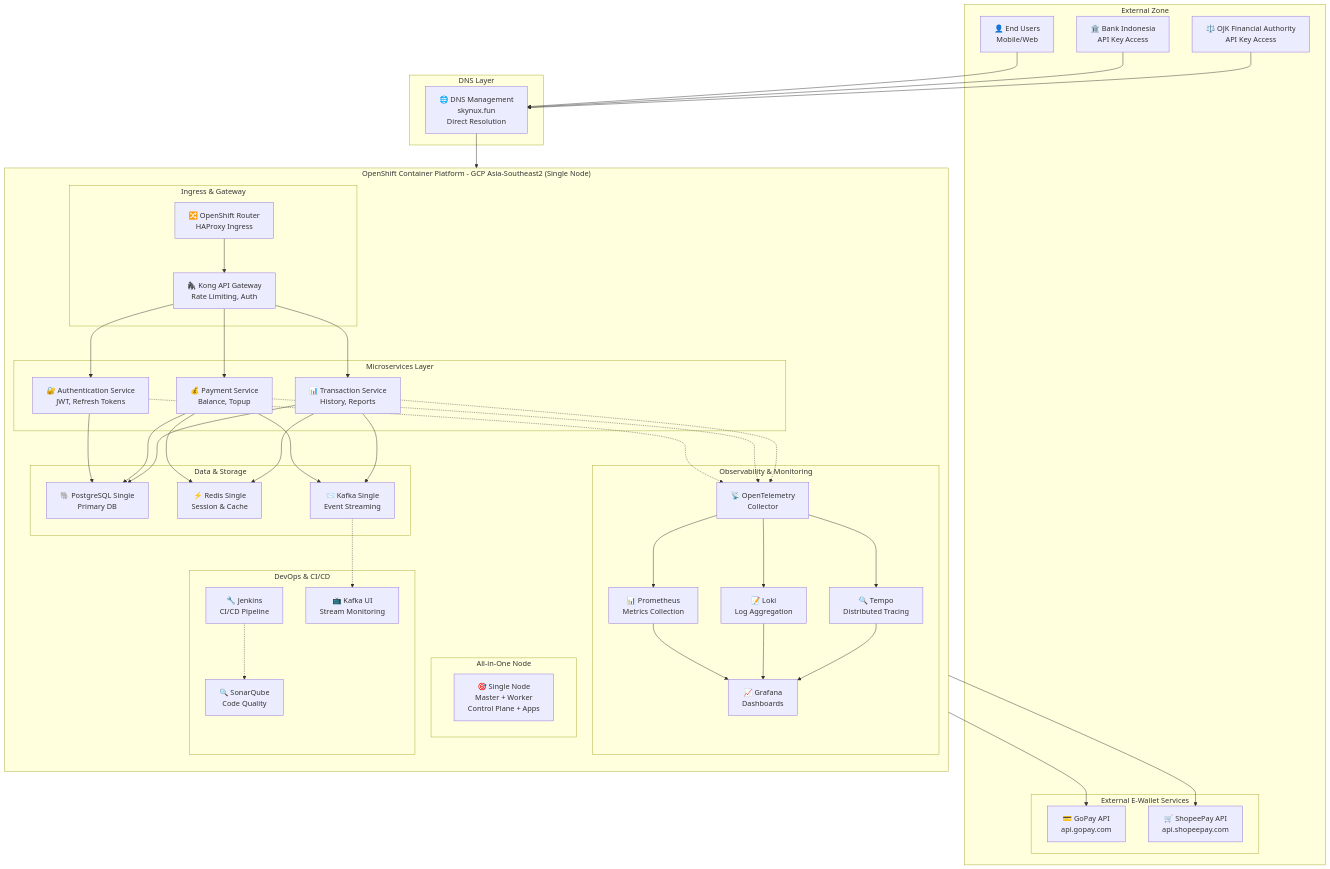
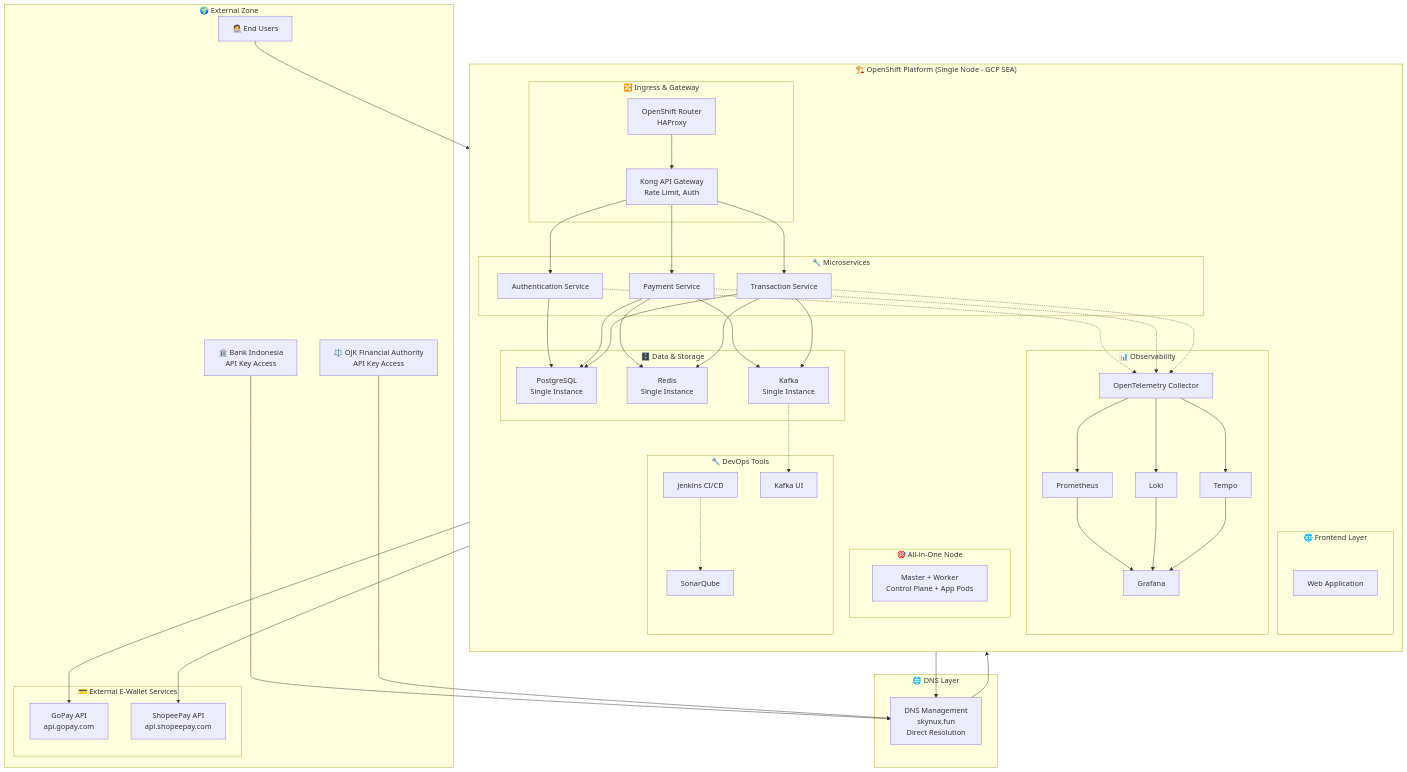
Before and after one commit to cisnux-seed/api-docs-fp-one-gate-payment: the second of 10 diagrams in README.md, drawn with Mermaid. The commit also changed other lines of this file, not shown here.

````diff
--- a/README.md
+++ b/README.md
@@ -116,102 +126,111 @@
 ```mermaid
-graph TB
-    %% External Users and Systems
-    subgraph "External Zone"
-        User[👤 End Users<br/>Mobile/Web]
-        BankIndonesia[🏛️ Bank Indonesia<br/>API Key Access]
-        OJK[⚖️ OJK Financial Authority<br/>API Key Access]
-        
-        subgraph "External E-Wallet Services"
-            GopayExternal[💳 GoPay API<br/>api.gopay.com]
-            ShopeeExternal[🛒 ShopeePay API<br/>api.shopeepay.com]
-        end
+flowchart TD
+
+%% ================================
+%% 🌍 External Zone
+%% ================================
+subgraph ExternalZone["🌍 External Zone"]
+    EndUsers[🧑‍💻 End Users]
+    BankIndonesia[🏛️ Bank Indonesia<br/>API Key Access]
+    OJK[⚖️ OJK Financial Authority<br/>API Key Access]
+
+    subgraph EWallet["💳 External E-Wallet Services"]
+        GopayExternal[GoPay API<br/>api.gopay.com]
+        ShopeeExternal[ShopeePay API<br/>api.shopeepay.com]
+    end
+end
+
+%% ================================
+%% 🌐 DNS Layer (Direct)
+%% ================================
+subgraph DNSLayer["🌐 DNS Layer"]
+    DNS[DNS Management<br/>skynux.fun<br/>Direct Resolution]
+end
+
+%% ================================
+%% 🏗️ OpenShift - Single Node
+%% ================================
+subgraph OpenShift["🏗️ OpenShift Platform (Single Node - GCP SEA)"]
+    direction TB
+
+    subgraph AllInOne["🎯 All-in-One Node"]
+        SingleNode[Master + Worker<br/>Control Plane + App Pods]
     end
 
-    %% Direct DNS (No CloudFlare)
-    subgraph "DNS Layer"
-        DNS[🌐 DNS Management<br/>skynux.fun<br/>Direct Resolution]
+    subgraph Ingress["🔀 Ingress & Gateway"]
+        Router[OpenShift Router<br/>HAProxy]
+        Kong[Kong API Gateway<br/>Rate Limit, Auth]
     end
 
-    %% OpenShift Container Platform - Single Node
-    subgraph "OpenShift Container Platform - GCP Asia-Southeast2 (Single Node)"
-        direction TB
-        
-        subgraph "All-in-One Node"
-            SingleNode[🎯 Single Node<br/>Master + Worker<br/>Control Plane + Apps]
-        end
-        
-        %% Ingress Layer
-        subgraph "Ingress & Gateway"
-            Router[🔀 OpenShift Router<br/>HAProxy Ingress]
-            Kong[🦍 Kong API Gateway<br/>Rate Limiting, Auth]
-        end
-
-        %% Application Services
-        subgraph "Microservices Layer"
-            AuthService[🔐 Authentication Service<br/>JWT, Refresh Tokens]
-            PaymentService[💰 Payment Service<br/>Balance, Topup]
-            TransactionService[📊 Transaction Service<br/>History, Reports]
-        end
-
-        %% Data Layer
-        subgraph "Data & Storage"
-            PostgresSingle[🐘 PostgreSQL Single<br/>Primary DB]
-            RedisSingle[⚡ Redis Single<br/>Session & Cache]
-            KafkaSingle[📨 Kafka Single<br/>Event Streaming]
-        end
-
-        %% Observability Stack
-        subgraph "Observability & Monitoring"
-            Prometheus[📊 Prometheus<br/>Metrics Collection]
-            Grafana[📈 Grafana<br/>Dashboards]
-            Loki[📝 Loki<br/>Log Aggregation]
-            Tempo[🔍 Tempo<br/>Distributed Tracing]
-            OtelCol[📡 OpenTelemetry<br/>Collector]
-        end
-
-        %% DevOps Tools
-        subgraph "DevOps & CI/CD"
-            Jenkins[🔧 Jenkins<br/>CI/CD Pipeline]
-            SonarQube[🔍 SonarQube<br/>Code Quality]
-            KafkaUI[📺 Kafka UI<br/>Stream Monitoring]
-        end
+    subgraph Frontend["🌐 Frontend Layer"]
+        WebApp[Web Application]
     end
 
-    %% Connections (Direct, No CloudFlare)
-    User --> DNS
-    BankIndonesia --> DNS
-    OJK --> DNS
-    DNS --> Router
-    Router --> Kong
-    
-    Kong --> AuthService
-    Kong --> PaymentService
-    Kong --> TransactionService
+    subgraph Microservices["🔧 Microservices"]
+        AuthService[Authentication Service]
+        PaymentService[Payment Service]
+        TransactionService[Transaction Service]
+    end
 
-    AuthService --> PostgresSingle
-    PaymentService --> PostgresSingle
-    PaymentService --> RedisSingle
-    PaymentService --> KafkaSingle
-    TransactionService --> PostgresSingle
-    TransactionService --> RedisSingle
-    TransactionService --> KafkaSingle
+    subgraph Data["🗄️ Data & Storage"]
+        Postgres[PostgreSQL<br/>Single Instance]
+        Redis[Redis<br/>Single Instance]
+        Kafka[Kafka<br/>Single Instance]
+    end
 
-    %% External service calls (outbound from cluster)
-    PaymentService --> GopayExternal
-    PaymentService --> ShopeeExternal
+    subgraph Observability["📊 Observability"]
+        Otel[OpenTelemetry Collector]
+        Prometheus[Prometheus]
+        Grafana[Grafana]
+        Loki[Loki]
+        Tempo[Tempo]
+    end
 
-    %% Observability connections
-    AuthService -.-> OtelCol
-    PaymentService -.-> OtelCol
-    TransactionService -.-> OtelCol
-    OtelCol --> Prometheus
-    OtelCol --> Loki
-    OtelCol --> Tempo
-    Prometheus --> Grafana
-    Loki --> Grafana
-    Tempo --> Grafana
+    subgraph DevOps["🔧 DevOps Tools"]
+        Jenkins[Jenkins CI/CD]
+        SonarQube[SonarQube]
+        KafkaUI[Kafka UI]
+    end
+end
 
-    %% DevOps connections
-    Jenkins -.-> SonarQube
-    KafkaSingle -.-> KafkaUI
+%% ================================
+%% 🔗 Connections
+%% ================================
+
+%% External access to frontend
+EndUsers --> WebApp
+WebApp --> DNS
+BankIndonesia --> DNS
+OJK --> DNS
+DNS --> Router --> Kong
+
+%% Kong routes to microservices
+Kong --> AuthService
+Kong --> PaymentService
+Kong --> TransactionService
+
+%% Microservices to data
+AuthService --> Postgres
+PaymentService --> Postgres
+PaymentService --> Redis
+PaymentService --> Kafka
+TransactionService --> Postgres
+TransactionService --> Redis
+TransactionService --> Kafka
+
+%% External API calls
+PaymentService --> GopayExternal
+PaymentService --> ShopeeExternal
+
+%% Observability
+AuthService -.-> Otel
+PaymentService -.-> Otel
+TransactionService -.-> Otel
+Otel --> Prometheus --> Grafana
+Otel --> Loki --> Grafana
+Otel --> Tempo --> Grafana
+
+%% DevOps Tools
+Jenkins -.-> SonarQube
+Kafka -.-> KafkaUI
 ```
````
